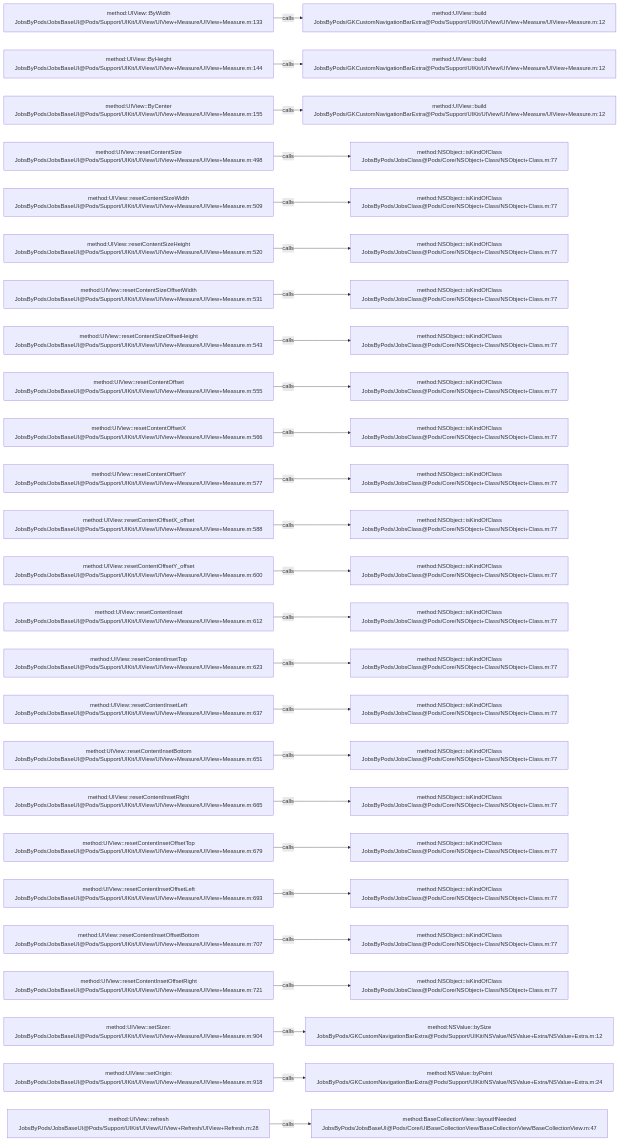
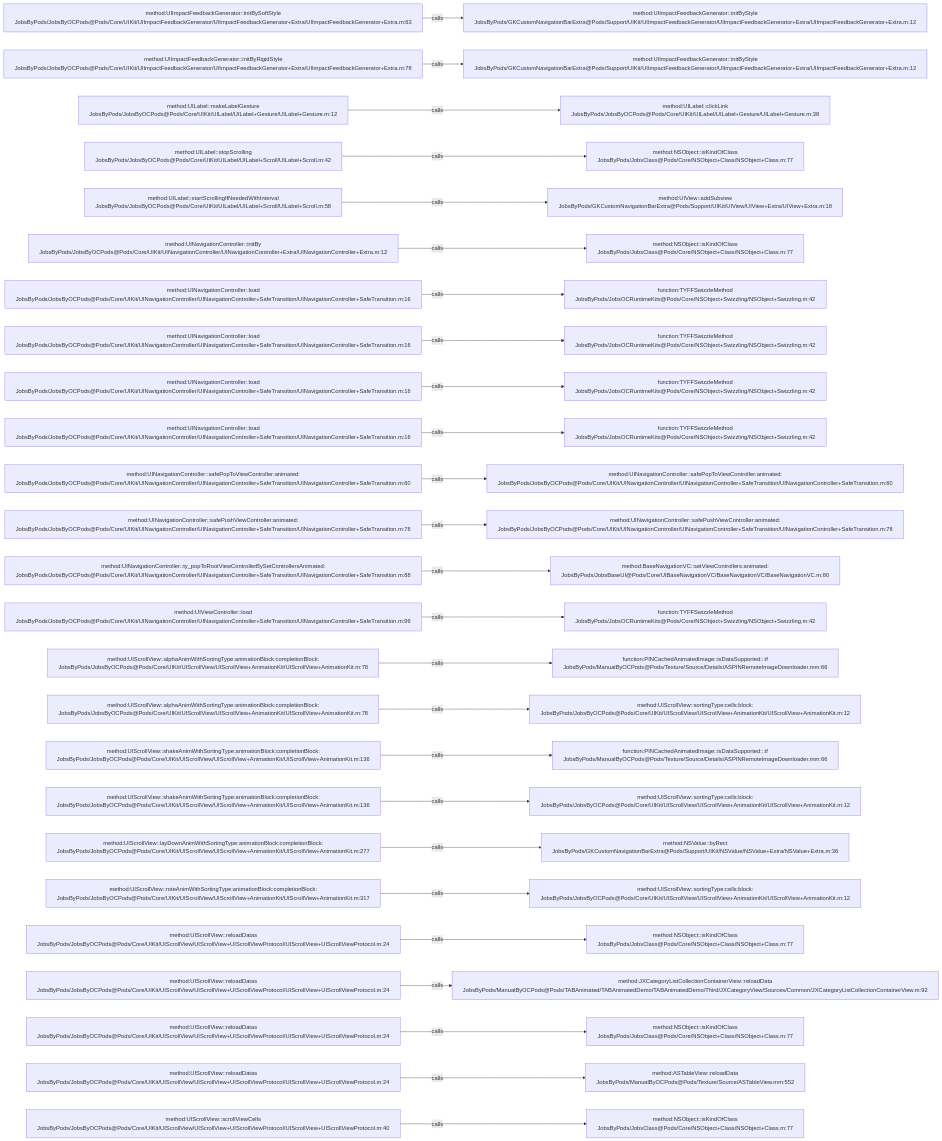
The diagram in .codegraph/codegraph.md/graphs/calls-062.md (JobsKits/JobsOCBaseConfigDemo), drawn with Mermaid before and after one commit. The commit also changed 1026 other files, not shown here.

````diff
--- a/.codegraph/codegraph.md/graphs/calls-062.md
+++ b/.codegraph/codegraph.md/graphs/calls-062.md
@@ -13,78 +13,78 @@
 ```mermaid
 flowchart LR
-  S1["method:UIView::ByWidth<br/>JobsByPods/JobsBaseUI@Pods/Support/UIKit/UIView/UIView+Measure/UIView+Measure.m:133"]
-  T1["method:UIView::build<br/>JobsByPods/GKCustomNavigationBarExtra@Pods/Support/UIKit/UIView/UIView+Measure/UIView+Measure.m:12"]
+  S1["method:UIImpactFeedbackGenerator::initBySoftStyle<br/>JobsByPods/JobsByOCPods@Pods/Core/UIKit/UIImpactFeedbackGenerator/UIImpactFeedbackGenerator+Extra/UIImpactFeedbackGenerator+Extra.m:63"]
+  T1["method:UIImpactFeedbackGenerator::initByStyle<br/>JobsByPods/GKCustomNavigationBarExtra@Pods/Support/UIKit/UIImpactFeedbackGenerator/UIImpactFeedbackGenerator+Extra/UIImpactFeedbackGenerator+Extra.m:12"]
   S1 -->|calls| T1
-  S2["method:UIView::ByHeight<br/>JobsByPods/JobsBaseUI@Pods/Support/UIKit/UIView/UIView+Measure/UIView+Measure.m:144"]
-  T2["method:UIView::build<br/>JobsByPods/GKCustomNavigationBarExtra@Pods/Support/UIKit/UIView/UIView+Measure/UIView+Measure.m:12"]
+  S2["method:UIImpactFeedbackGenerator::initByRigidStyle<br/>JobsByPods/JobsByOCPods@Pods/Core/UIKit/UIImpactFeedbackGenerator/UIImpactFeedbackGenerator+Extra/UIImpactFeedbackGenerator+Extra.m:78"]
+  T2["method:UIImpactFeedbackGenerator::initByStyle<br/>JobsByPods/GKCustomNavigationBarExtra@Pods/Support/UIKit/UIImpactFeedbackGenerator/UIImpactFeedbackGenerator+Extra/UIImpactFeedbackGenerator+Extra.m:12"]
   S2 -->|calls| T2
-  S3["method:UIView::ByCenter<br/>JobsByPods/JobsBaseUI@Pods/Support/UIKit/UIView/UIView+Measure/UIView+Measure.m:155"]
-  T3["method:UIView::build<br/>JobsByPods/GKCustomNavigationBarExtra@Pods/Support/UIKit/UIView/UIView+Measure/UIView+Measure.m:12"]
+  S3["method:UILabel::makeLabelGesture<br/>JobsByPods/JobsByOCPods@Pods/Core/UIKit/UILabel/UILabel+Gesture/UILabel+Gesture.m:12"]
+  T3["method:UILabel::clickLink<br/>JobsByPods/JobsByOCPods@Pods/Core/UIKit/UILabel/UILabel+Gesture/UILabel+Gesture.m:38"]
   S3 -->|calls| T3
-  S4["method:UIView::resetContentSize<br/>JobsByPods/JobsBaseUI@Pods/Support/UIKit/UIView/UIView+Measure/UIView+Measure.m:498"]
+  S4["method:UILabel::stopScrolling<br/>JobsByPods/JobsByOCPods@Pods/Core/UIKit/UILabel/UILabel+Scroll/UILabel+Scroll.m:42"]
   T4["method:NSObject::isKindOfClass<br/>JobsByPods/JobsClass@Pods/Core/NSObject+Class/NSObject+Class.m:77"]
   S4 -->|calls| T4
-  S5["method:UIView::resetContentSizeWidth<br/>JobsByPods/JobsBaseUI@Pods/Support/UIKit/UIView/UIView+Measure/UIView+Measure.m:509"]
-  T5["method:NSObject::isKindOfClass<br/>JobsByPods/JobsClass@Pods/Core/NSObject+Class/NSObject+Class.m:77"]
+  S5["method:UILabel::startScrollingIfNeededWithInterval<br/>JobsByPods/JobsByOCPods@Pods/Core/UIKit/UILabel/UILabel+Scroll/UILabel+Scroll.m:58"]
+  T5["method:UIView::addSubview<br/>JobsByPods/GKCustomNavigationBarExtra@Pods/Support/UIKit/UIView/UIView+Extra/UIView+Extra.m:18"]
   S5 -->|calls| T5
-  S6["method:UIView::resetContentSizeHeight<br/>JobsByPods/JobsBaseUI@Pods/Support/UIKit/UIView/UIView+Measure/UIView+Measure.m:520"]
+  S6["method:UINavigationController::initBy<br/>JobsByPods/JobsByOCPods@Pods/Core/UIKit/UINavigationController/UINavigationController+Extra/UINavigationController+Extra.m:12"]
   T6["method:NSObject::isKindOfClass<br/>JobsByPods/JobsClass@Pods/Core/NSObject+Class/NSObject+Class.m:77"]
   S6 -->|calls| T6
-  S7["method:UIView::resetContentSizeOffsetWidth<br/>JobsByPods/JobsBaseUI@Pods/Support/UIKit/UIView/UIView+Measure/UIView+Measure.m:531"]
-  T7["method:NSObject::isKindOfClass<br/>JobsByPods/JobsClass@Pods/Core/NSObject+Class/NSObject+Class.m:77"]
+  S7["method:UINavigationController::load<br/>JobsByPods/JobsByOCPods@Pods/Core/UIKit/UINavigationController/UINavigationController+SafeTransition/UINavigationController+SafeTransition.m:16"]
+  T7["function:TYFFSwizzleMethod<br/>JobsByPods/JobsOCRuntimeKits@Pods/Core/NSObject+Swizzling/NSObject+Swizzling.m:42"]
   S7 -->|calls| T7
-  S8["method:UIView::resetContentSizeOffsetHeight<br/>JobsByPods/JobsBaseUI@Pods/Support/UIKit/UIView/UIView+Measure/UIView+Measure.m:543"]
-  T8["method:NSObject::isKindOfClass<br/>JobsByPods/JobsClass@Pods/Core/NSObject+Class/NSObject+Class.m:77"]
+  S8["method:UINavigationController::load<br/>JobsByPods/JobsByOCPods@Pods/Core/UIKit/UINavigationController/UINavigationController+SafeTransition/UINavigationController+SafeTransition.m:16"]
+  T8["function:TYFFSwizzleMethod<br/>JobsByPods/JobsOCRuntimeKits@Pods/Core/NSObject+Swizzling/NSObject+Swizzling.m:42"]
   S8 -->|calls| T8
-  S9["method:UIView::resetContentOffset<br/>JobsByPods/JobsBaseUI@Pods/Support/UIKit/UIView/UIView+Measure/UIView+Measure.m:555"]
-  T9["method:NSObject::isKindOfClass<br/>JobsByPods/JobsClass@Pods/Core/NSObject+Class/NSObject+Class.m:77"]
+  S9["method:UINavigationController::load<br/>JobsByPods/JobsByOCPods@Pods/Core/UIKit/UINavigationController/UINavigationController+SafeTransition/UINavigationController+SafeTransition.m:16"]
+  T9["function:TYFFSwizzleMethod<br/>JobsByPods/JobsOCRuntimeKits@Pods/Core/NSObject+Swizzling/NSObject+Swizzling.m:42"]
   S9 -->|calls| T9
-  S10["method:UIView::resetContentOffsetX<br/>JobsByPods/JobsBaseUI@Pods/Support/UIKit/UIView/UIView+Measure/UIView+Measure.m:566"]
-  T10["method:NSObject::isKindOfClass<br/>JobsByPods/JobsClass@Pods/Core/NSObject+Class/NSObject+Class.m:77"]
+  S10["method:UINavigationController::load<br/>JobsByPods/JobsByOCPods@Pods/Core/UIKit/UINavigationController/UINavigationController+SafeTransition/UINavigationController+SafeTransition.m:16"]
+  T10["function:TYFFSwizzleMethod<br/>JobsByPods/JobsOCRuntimeKits@Pods/Core/NSObject+Swizzling/NSObject+Swizzling.m:42"]
   S10 -->|calls| T10
-  S11["method:UIView::resetContentOffsetY<br/>JobsByPods/JobsBaseUI@Pods/Support/UIKit/UIView/UIView+Measure/UIView+Measure.m:577"]
-  T11["method:NSObject::isKindOfClass<br/>JobsByPods/JobsClass@Pods/Core/NSObject+Class/NSObject+Class.m:77"]
+  S11["method:UINavigationController::safePopToViewController:animated:<br/>JobsByPods/JobsByOCPods@Pods/Core/UIKit/UINavigationController/UINavigationController+SafeTransition/UINavigationController+SafeTransition.m:60"]
+  T11["method:UINavigationController::safePopToViewController:animated:<br/>JobsByPods/JobsByOCPods@Pods/Core/UIKit/UINavigationController/UINavigationController+SafeTransition/UINavigationController+SafeTransition.m:60"]
   S11 -->|calls| T11
-  S12["method:UIView::resetContentOffsetX_offset<br/>JobsByPods/JobsBaseUI@Pods/Support/UIKit/UIView/UIView+Measure/UIView+Measure.m:588"]
-  T12["method:NSObject::isKindOfClass<br/>JobsByPods/JobsClass@Pods/Core/NSObject+Class/NSObject+Class.m:77"]
+  S12["method:UINavigationController::safePushViewController:animated:<br/>JobsByPods/JobsByOCPods@Pods/Core/UIKit/UINavigationController/UINavigationController+SafeTransition/UINavigationController+SafeTransition.m:78"]
+  T12["method:UINavigationController::safePushViewController:animated:<br/>JobsByPods/JobsByOCPods@Pods/Core/UIKit/UINavigationController/UINavigationController+SafeTransition/UINavigationController+SafeTransition.m:78"]
   S12 -->|calls| T12
-  S13["method:UIView::resetContentOffsetY_offset<br/>JobsByPods/JobsBaseUI@Pods/Support/UIKit/UIView/UIView+Measure/UIView+Measure.m:600"]
-  T13["method:NSObject::isKindOfClass<br/>JobsByPods/JobsClass@Pods/Core/NSObject+Class/NSObject+Class.m:77"]
+  S13["method:UINavigationController::ty_popToRootViewControllerBySetControllersAnimated:<br/>JobsByPods/JobsByOCPods@Pods/Core/UIKit/UINavigationController/UINavigationController+SafeTransition/UINavigationController+SafeTransition.m:88"]
+  T13["method:BaseNavigationVC::setViewControllers:animated:<br/>JobsByPods/JobsBaseUI@Pods/Core/UIBaseNavigationVC/BaseNavigationVC/BaseNavigationVC.m:80"]
   S13 -->|calls| T13
-  S14["method:UIView::resetContentInset<br/>JobsByPods/JobsBaseUI@Pods/Support/UIKit/UIView/UIView+Measure/UIView+Measure.m:612"]
-  T14["method:NSObject::isKindOfClass<br/>JobsByPods/JobsClass@Pods/Core/NSObject+Class/NSObject+Class.m:77"]
+  S14["method:UIViewController::load<br/>JobsByPods/JobsByOCPods@Pods/Core/UIKit/UINavigationController/UINavigationController+SafeTransition/UINavigationController+SafeTransition.m:99"]
+  T14["function:TYFFSwizzleMethod<br/>JobsByPods/JobsOCRuntimeKits@Pods/Core/NSObject+Swizzling/NSObject+Swizzling.m:42"]
   S14 -->|calls| T14
-  S15["method:UIView::resetContentInsetTop<br/>JobsByPods/JobsBaseUI@Pods/Support/UIKit/UIView/UIView+Measure/UIView+Measure.m:623"]
-  T15["method:NSObject::isKindOfClass<br/>JobsByPods/JobsClass@Pods/Core/NSObject+Class/NSObject+Class.m:77"]
+  S15["method:UIScrollView::alphaAnimWithSortingType:animationBlock:completionBlock:<br/>JobsByPods/JobsByOCPods@Pods/Core/UIKit/UIScrollView/UIScrollView+AnimationKit/UIScrollView+AnimationKit.m:78"]
+  T15["function:PINCachedAnimatedImage::isDataSupported:::if<br/>JobsByPods/ManualByOCPods@Pods/Texture/Source/Details/ASPINRemoteImageDownloader.mm:66"]
   S15 -->|calls| T15
-  S16["method:UIView::resetContentInsetLeft<br/>JobsByPods/JobsBaseUI@Pods/Support/UIKit/UIView/UIView+Measure/UIView+Measure.m:637"]
-  T16["method:NSObject::isKindOfClass<br/>JobsByPods/JobsClass@Pods/Core/NSObject+Class/NSObject+Class.m:77"]
+  S16["method:UIScrollView::alphaAnimWithSortingType:animationBlock:completionBlock:<br/>JobsByPods/JobsByOCPods@Pods/Core/UIKit/UIScrollView/UIScrollView+AnimationKit/UIScrollView+AnimationKit.m:78"]
+  T16["method:UIScrollView::sortingType:cells:block:<br/>JobsByPods/JobsByOCPods@Pods/Core/UIKit/UIScrollView/UIScrollView+AnimationKit/UIScrollView+AnimationKit.m:12"]
   S16 -->|calls| T16
-  S17["method:UIView::resetContentInsetBottom<br/>JobsByPods/JobsBaseUI@Pods/Support/UIKit/UIView/UIView+Measure/UIView+Measure.m:651"]
-  T17["method:NSObject::isKindOfClass<br/>JobsByPods/JobsClass@Pods/Core/NSObject+Class/NSObject+Class.m:77"]
+  S17["method:UIScrollView::shakeAnimWithSortingType:animationBlock:completionBlock:<br/>JobsByPods/JobsByOCPods@Pods/Core/UIKit/UIScrollView/UIScrollView+AnimationKit/UIScrollView+AnimationKit.m:136"]
+  T17["function:PINCachedAnimatedImage::isDataSupported:::if<br/>JobsByPods/ManualByOCPods@Pods/Texture/Source/Details/ASPINRemoteImageDownloader.mm:66"]
   S17 -->|calls| T17
-  S18["method:UIView::resetContentInsetRight<br/>JobsByPods/JobsBaseUI@Pods/Support/UIKit/UIView/UIView+Measure/UIView+Measure.m:665"]
-  T18["method:NSObject::isKindOfClass<br/>JobsByPods/JobsClass@Pods/Core/NSObject+Class/NSObject+Class.m:77"]
+  S18["method:UIScrollView::shakeAnimWithSortingType:animationBlock:completionBlock:<br/>JobsByPods/JobsByOCPods@Pods/Core/UIKit/UIScrollView/UIScrollView+AnimationKit/UIScrollView+AnimationKit.m:136"]
+  T18["method:UIScrollView::sortingType:cells:block:<br/>JobsByPods/JobsByOCPods@Pods/Core/UIKit/UIScrollView/UIScrollView+AnimationKit/UIScrollView+AnimationKit.m:12"]
   S18 -->|calls| T18
-  S19["method:UIView::resetContentInsetOffsetTop<br/>JobsByPods/JobsBaseUI@Pods/Support/UIKit/UIView/UIView+Measure/UIView+Measure.m:679"]
-  T19["method:NSObject::isKindOfClass<br/>JobsByPods/JobsClass@Pods/Core/NSObject+Class/NSObject+Class.m:77"]
+  S19["method:UIScrollView::layDownAnimWithSortingType:animationBlock:completionBlock:<br/>JobsByPods/JobsByOCPods@Pods/Core/UIKit/UIScrollView/UIScrollView+AnimationKit/UIScrollView+AnimationKit.m:277"]
+  T19["method:NSValue::byRect<br/>JobsByPods/GKCustomNavigationBarExtra@Pods/Support/UIKit/NSValue/NSValue+Extra/NSValue+Extra.m:36"]
   S19 -->|calls| T19
-  S20["method:UIView::resetContentInsetOffsetLeft<br/>JobsByPods/JobsBaseUI@Pods/Support/UIKit/UIView/UIView+Measure/UIView+Measure.m:693"]
-  T20["method:NSObject::isKindOfClass<br/>JobsByPods/JobsClass@Pods/Core/NSObject+Class/NSObject+Class.m:77"]
+  S20["method:UIScrollView::roteAnimWithSortingType:animationBlock:completionBlock:<br/>JobsByPods/JobsByOCPods@Pods/Core/UIKit/UIScrollView/UIScrollView+AnimationKit/UIScrollView+AnimationKit.m:317"]
+  T20["method:UIScrollView::sortingType:cells:block:<br/>JobsByPods/JobsByOCPods@Pods/Core/UIKit/UIScrollView/UIScrollView+AnimationKit/UIScrollView+AnimationKit.m:12"]
   S20 -->|calls| T20
-  S21["method:UIView::resetContentInsetOffsetBottom<br/>JobsByPods/JobsBaseUI@Pods/Support/UIKit/UIView/UIView+Measure/UIView+Measure.m:707"]
+  S21["method:UIScrollView::reloadDatas<br/>JobsByPods/JobsByOCPods@Pods/Core/UIKit/UIScrollView/UIScrollView+UIScrollViewProtocol/UIScrollView+UIScrollViewProtocol.m:24"]
   T21["method:NSObject::isKindOfClass<br/>JobsByPods/JobsClass@Pods/Core/NSObject+Class/NSObject+Class.m:77"]
   S21 -->|calls| T21
-  S22["method:UIView::resetContentInsetOffsetRight<br/>JobsByPods/JobsBaseUI@Pods/Support/UIKit/UIView/UIView+Measure/UIView+Measure.m:721"]
-  T22["method:NSObject::isKindOfClass<br/>JobsByPods/JobsClass@Pods/Core/NSObject+Class/NSObject+Class.m:77"]
+  S22["method:UIScrollView::reloadDatas<br/>JobsByPods/JobsByOCPods@Pods/Core/UIKit/UIScrollView/UIScrollView+UIScrollViewProtocol/UIScrollView+UIScrollViewProtocol.m:24"]
+  T22["method:JXCategoryListCollectionContainerView::reloadData<br/>JobsByPods/ManualByOCPods@Pods/TABAnimated/TABAnimatedDemo/TABAnimatedDemo/Third/JXCategoryView/Sources/Common/JXCategoryListCollectionContainerView.m:92"]
   S22 -->|calls| T22
-  S23["method:UIView::setSizer:<br/>JobsByPods/JobsBaseUI@Pods/Support/UIKit/UIView/UIView+Measure/UIView+Measure.m:904"]
-  T23["method:NSValue::bySize<br/>JobsByPods/GKCustomNavigationBarExtra@Pods/Support/UIKit/NSValue/NSValue+Extra/NSValue+Extra.m:12"]
+  S23["method:UIScrollView::reloadDatas<br/>JobsByPods/JobsByOCPods@Pods/Core/UIKit/UIScrollView/UIScrollView+UIScrollViewProtocol/UIScrollView+UIScrollViewProtocol.m:24"]
+  T23["method:NSObject::isKindOfClass<br/>JobsByPods/JobsClass@Pods/Core/NSObject+Class/NSObject+Class.m:77"]
   S23 -->|calls| T23
-  S24["method:UIView::setOrigin:<br/>JobsByPods/JobsBaseUI@Pods/Support/UIKit/UIView/UIView+Measure/UIView+Measure.m:918"]
-  T24["method:NSValue::byPoint<br/>JobsByPods/GKCustomNavigationBarExtra@Pods/Support/UIKit/NSValue/NSValue+Extra/NSValue+Extra.m:24"]
+  S24["method:UIScrollView::reloadDatas<br/>JobsByPods/JobsByOCPods@Pods/Core/UIKit/UIScrollView/UIScrollView+UIScrollViewProtocol/UIScrollView+UIScrollViewProtocol.m:24"]
+  T24["method:ASTableView::reloadData<br/>JobsByPods/ManualByOCPods@Pods/Texture/Source/ASTableView.mm:552"]
   S24 -->|calls| T24
-  S25["method:UIView::refresh<br/>JobsByPods/JobsBaseUI@Pods/Support/UIKit/UIView/UIView+Refresh/UIView+Refresh.m:28"]
-  T25["method:BaseCollectionView::layoutIfNeeded<br/>JobsByPods/JobsBaseUI@Pods/Core/UIBaseCollectionView/BaseCollectionView/BaseCollectionView.m:47"]
+  S25["method:UIScrollView::scrollViewCells<br/>JobsByPods/JobsByOCPods@Pods/Core/UIKit/UIScrollView/UIScrollView+UIScrollViewProtocol/UIScrollView+UIScrollViewProtocol.m:40"]
+  T25["method:NSObject::isKindOfClass<br/>JobsByPods/JobsClass@Pods/Core/NSObject+Class/NSObject+Class.m:77"]
   S25 -->|calls| T25
 ```
````
